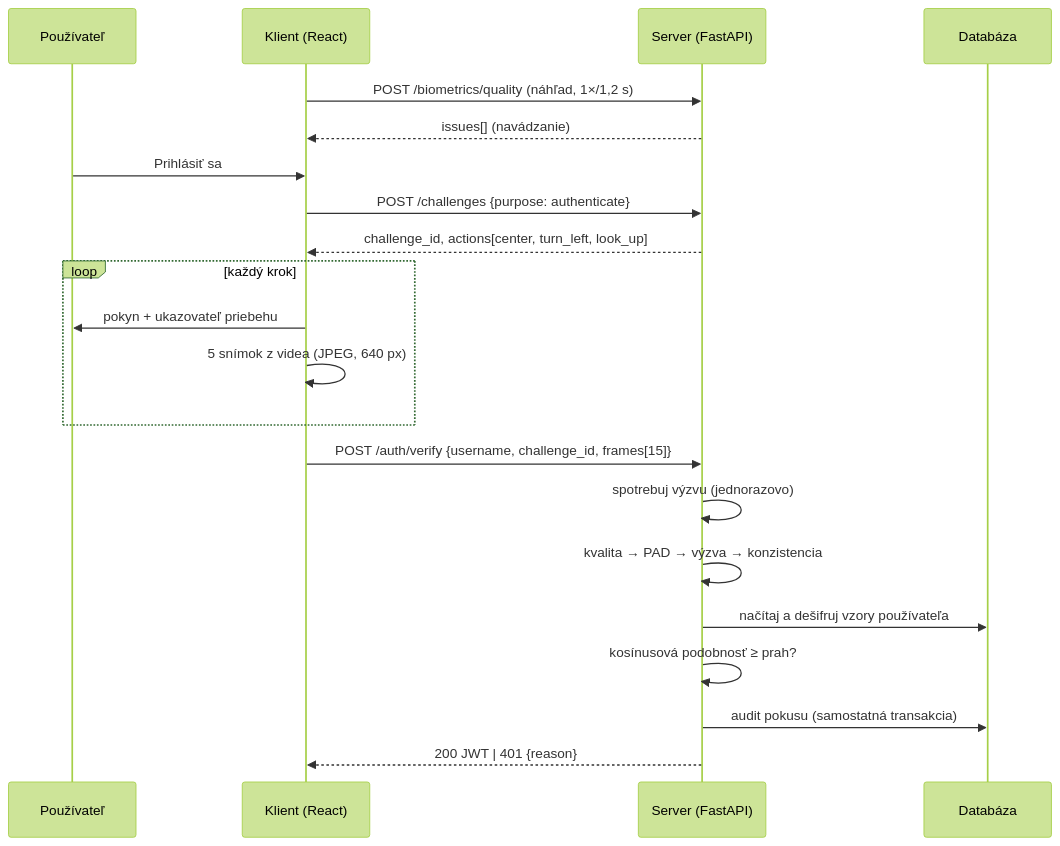
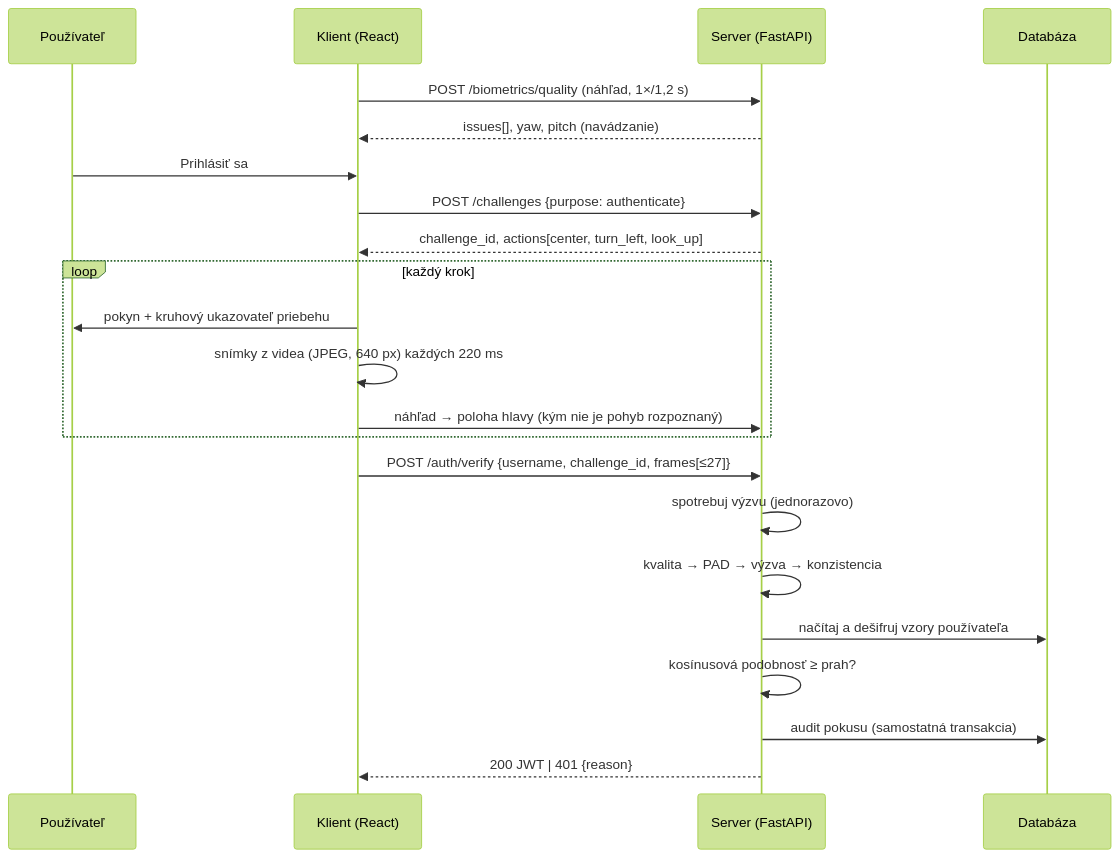
The second of 3 diagrams in docs/architecture.md (opoiasnik/face-auth-antispoofing), drawn with Mermaid (forest theme) before and after one commit. The commit also changed other lines of this file and 7 other files, not shown here.

````diff
--- a/docs/architecture.md
+++ b/docs/architecture.md
@@ -85,23 +91,24 @@
 ```mermaid
 sequenceDiagram
     participant U as Používateľ
     participant C as Klient (React)
     participant S as Server (FastAPI)
     participant DB as Databáza
     C->>S: POST /biometrics/quality (náhľad, 1×/1,2 s)
-    S-->>C: issues[] (navádzanie)
+    S-->>C: issues[], yaw, pitch (navádzanie)
     U->>C: Prihlásiť sa
     C->>S: POST /challenges {purpose: authenticate}
     S-->>C: challenge_id, actions[center, turn_left, look_up]
     loop každý krok
-        C->>U: pokyn + ukazovateľ priebehu
-        C->>C: 5 snímok z videa (JPEG, 640 px)
+        C->>U: pokyn + kruhový ukazovateľ priebehu
+        C->>C: snímky z videa (JPEG, 640 px) každých 220 ms
+        C->>S: náhľad → poloha hlavy (kým nie je pohyb rozpoznaný)
     end
-    C->>S: POST /auth/verify {username, challenge_id, frames[15]}
+    C->>S: POST /auth/verify {username, challenge_id, frames[≤27]}
     S->>S: spotrebuj výzvu (jednorazovo)
     S->>S: kvalita → PAD → výzva → konzistencia
     S->>DB: načítaj a dešifruj vzory používateľa
     S->>S: kosínusová podobnosť ≥ prah?
     S->>DB: audit pokusu (samostatná transakcia)
     S-->>C: 200 JWT | 401 {reason}
 ```
````
